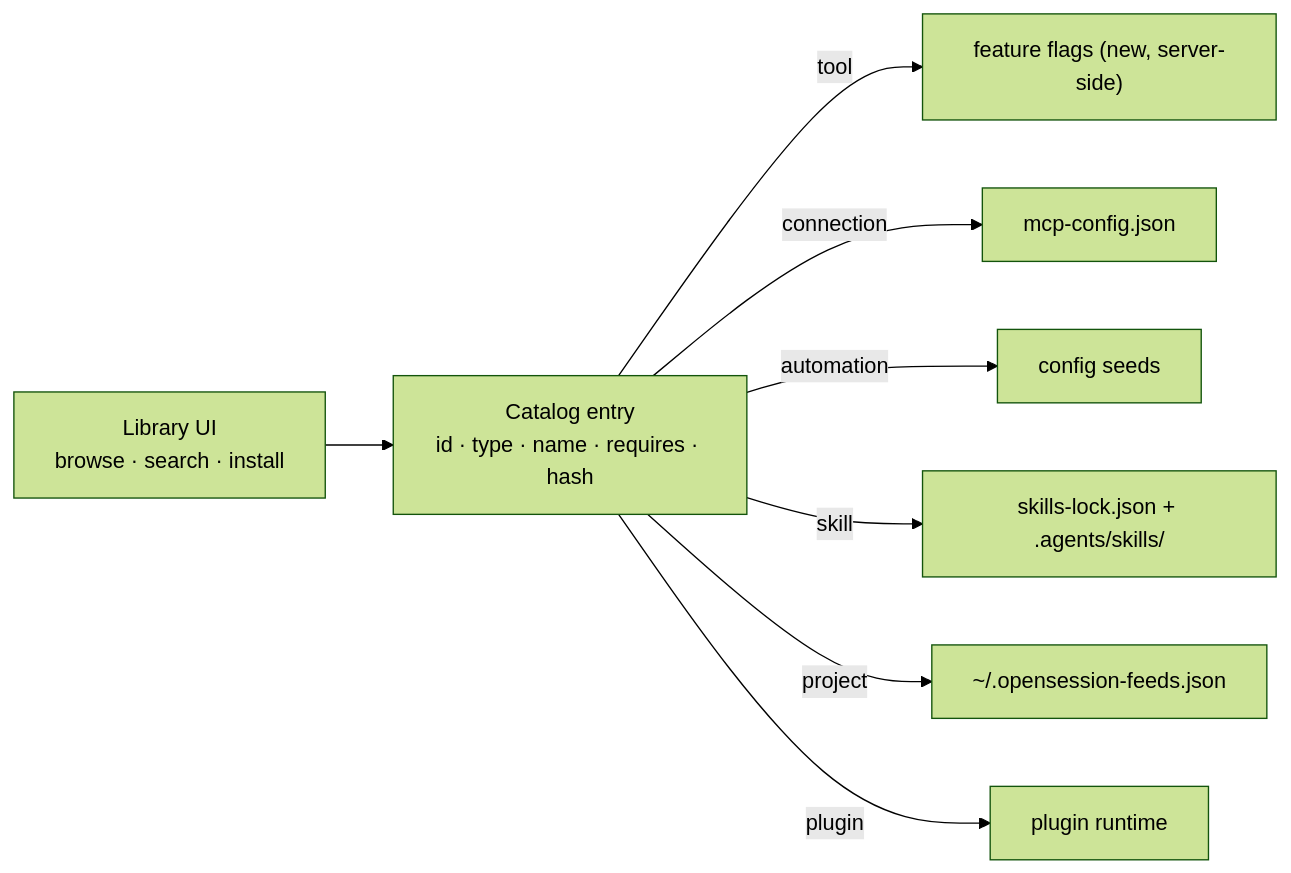
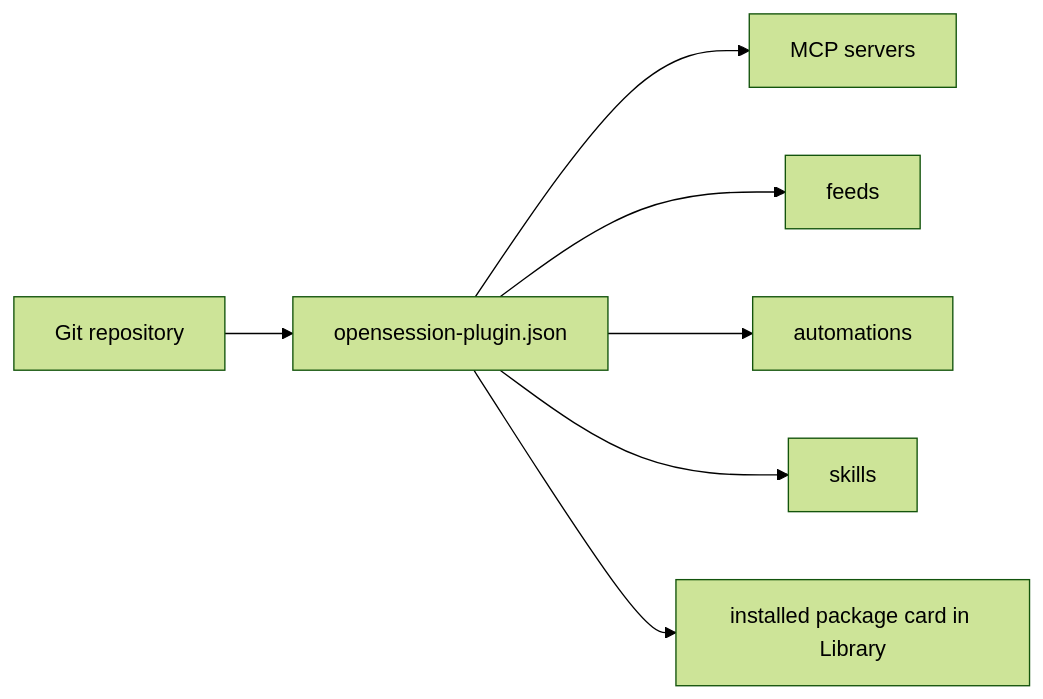
One commit to Recovr-Rehab/opensession changed the diagram in docs/plugins.md. Above: the diagram before and after it, drawn with Mermaid (forest theme). The commit also changed other lines of this file and 64 other files, not shown here.

````diff
--- a/docs/plugins.md
+++ b/docs/plugins.md
@@ -199,10 +201,9 @@
 ```mermaid
 flowchart LR
-  C["Library UI<br/>browse · search · install"] --> E["Catalog entry<br/>id · type · name · requires · hash"]
-  E -->|tool| F["feature flags (new, server-side)"]
-  E -->|connection| M["mcp-config.json"]
-  E -->|automation| S["config seeds"]
-  E -->|skill| K["skills-lock.json + .agents/skills/"]
-  E -->|project| P["~/.opensession-feeds.json"]
-  E -->|plugin| G["plugin runtime"]
+  R["Git repository"] --> E["opensession-plugin.json"]
+  E --> M["MCP servers"]
+  E --> F["feeds"]
+  E --> A["automations"]
+  E --> S["skills"]
+  E --> L["installed package card in Library"]
 ```
````
